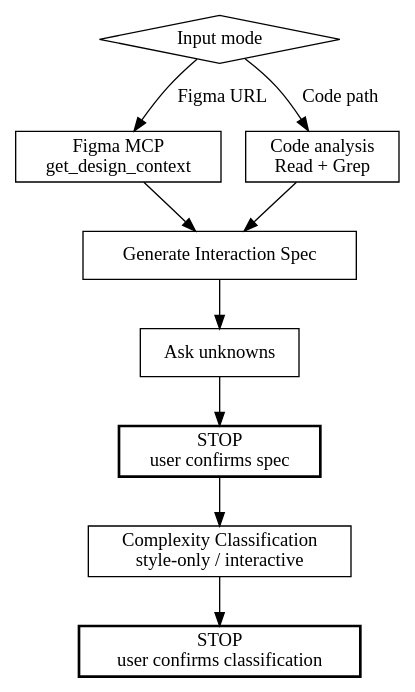
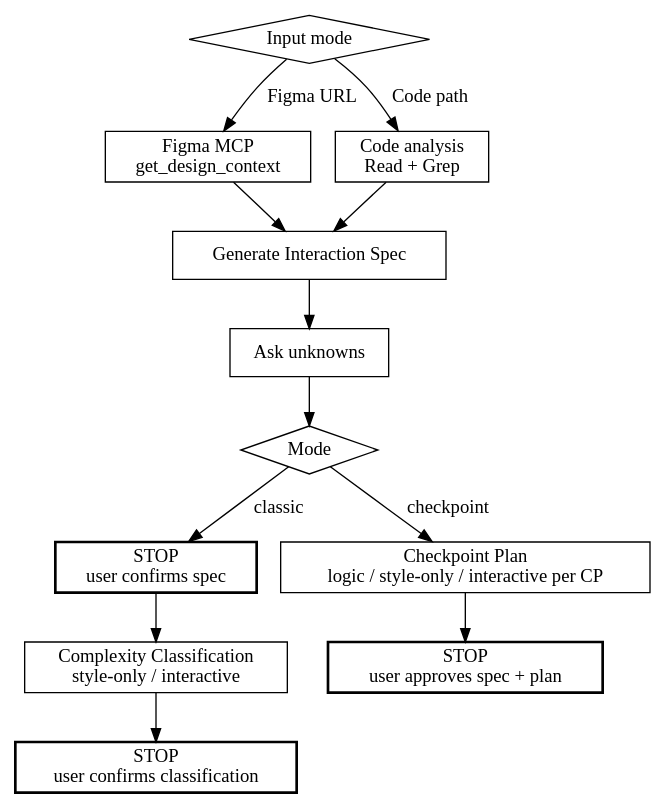
The diagram in skills/fe-spec/SKILL.md (ludacirs/fe-harness-skill), drawn with Graphviz before and after one commit. The commit also changed other lines of this file and 2 other files, not shown here.

First line of the commit message:
feat(fe-spec): checkpoint mode with per-CP plan and logic classification (#51)

````diff
--- a/skills/fe-spec/SKILL.md
+++ b/skills/fe-spec/SKILL.md
@@ -20,22 +21,28 @@
 ```dot
 digraph fe_spec {
   node [shape=box];
   input [label="Input mode" shape=diamond];
   figma [label="Figma MCP\nget_design_context"];
   code [label="Code analysis\nRead + Grep"];
   spec [label="Generate Interaction Spec"];
   clarify [label="Ask unknowns"];
   confirm_spec [label="STOP\nuser confirms spec" style=bold];
   classify [label="Complexity Classification\nstyle-only / interactive"];
   confirm_class [label="STOP\nuser confirms classification" style=bold];
+  plan [label="Checkpoint Plan\nlogic / style-only / interactive per CP"];
+  confirm_plan [label="STOP\nuser approves spec + plan" style=bold];
+  mode [label="Mode" shape=diamond];
 
   input -> figma [label="Figma URL"];
   input -> code [label="Code path"];
   figma -> spec;
   code -> spec;
   spec -> clarify;
-  clarify -> confirm_spec;
+  clarify -> mode;
+  mode -> confirm_spec [label="classic"];
   confirm_spec -> classify;
   classify -> confirm_class;
+  mode -> plan [label="checkpoint"];
+  plan -> confirm_plan;
 }
 ```
````
